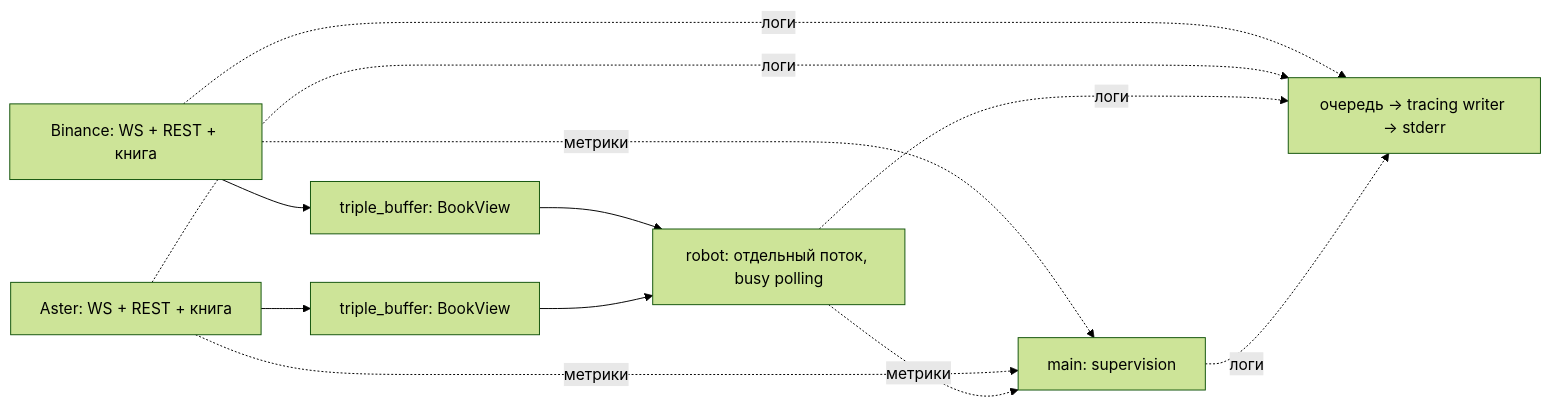
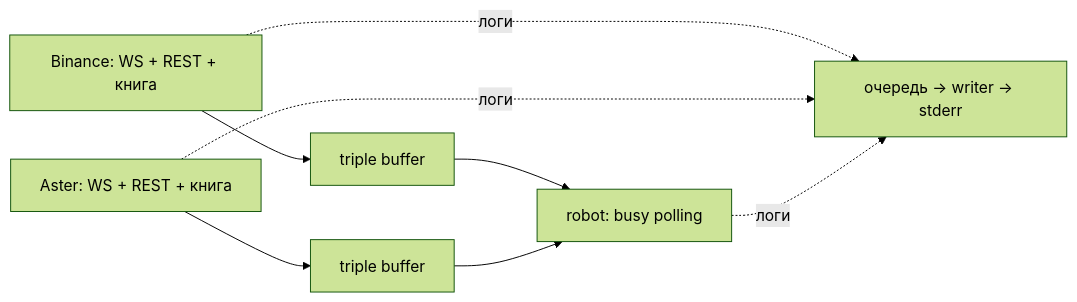
One commit to ByteNacked/hft-test-task changed the diagram in docs/ARCHITECTURE.md. Above: the diagram before and after it, drawn with Mermaid (forest theme). The commit also changed other lines of this file and 38 other files, not shown here.

````diff
--- a/docs/ARCHITECTURE.md
+++ b/docs/ARCHITECTURE.md
@@ -9,14 +7,10 @@
 ```mermaid
 flowchart LR
-    B[Binance: WS + REST + книга] --> BV[triple_buffer: BookView]
-    A[Aster: WS + REST + книга] --> AV[triple_buffer: BookView]
-    BV --> R[robot: отдельный поток, busy polling]
+    B[Binance: WS + REST + книга] --> BV[triple buffer]
+    A[Aster: WS + REST + книга] --> AV[triple buffer]
+    BV --> R[robot: busy polling]
     AV --> R
-    B -. метрики .-> S[main: supervision]
-    A -. метрики .-> S
-    R -. метрики .-> S
-    B -. логи .-> L[очередь → tracing writer → stderr]
+    B -. логи .-> L[очередь → writer → stderr]
     A -. логи .-> L
     R -. логи .-> L
-    S -. логи .-> L
 ```
````
